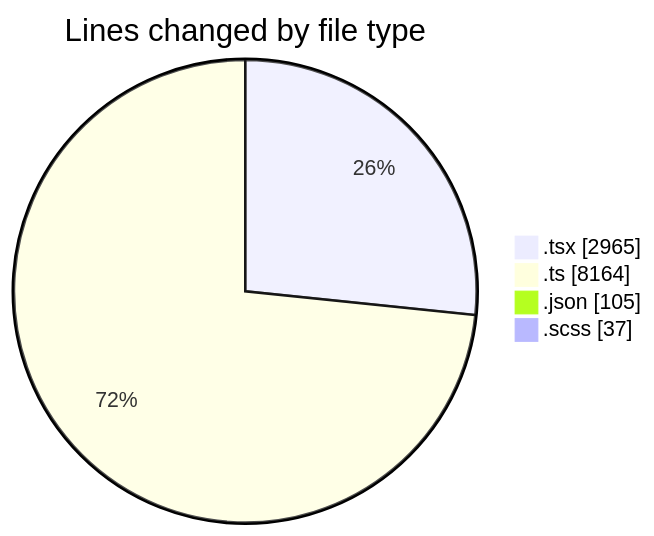
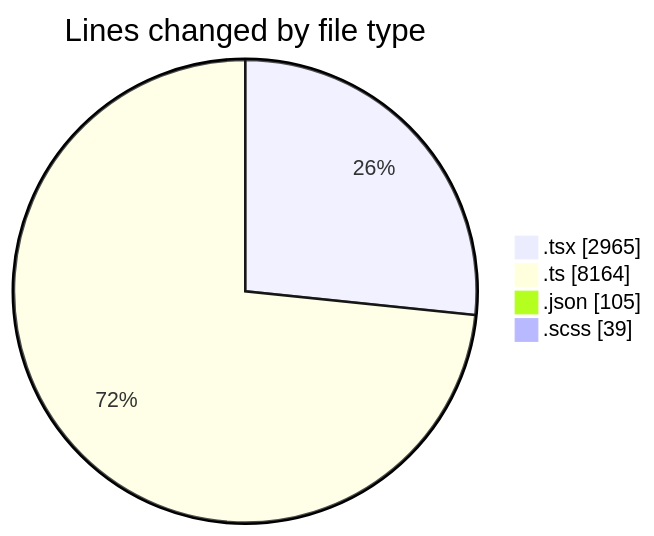
Before and after one commit to momahboobian/code-tracking: the first of 2 diagrams in 2025-07-09/cda/README.md, drawn with Mermaid. The commit also changed other lines of this file and 1 other file, not shown here.

````diff
--- a/2025-07-09/cda/README.md
+++ b/2025-07-09/cda/README.md
@@ -33,8 +33,8 @@
 ```mermaid
 pie showData
 title Lines changed by file type
 ".tsx" : 2965
 ".ts" : 8164
 ".json" : 105
-".scss" : 37
+".scss" : 39
 ```
````
